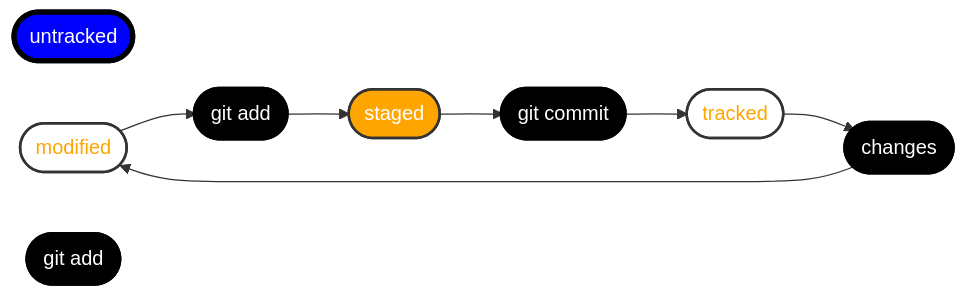
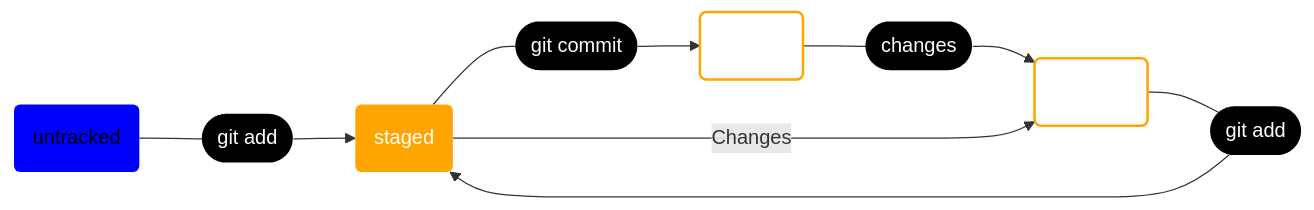
One commit to Botalchik/Second-project changed the second of 2 diagrams in README.md. Above: the diagram before and after it, drawn with Mermaid. The commit also changed other lines of this file, not shown here.

Commit message:
Создать гайд по Git: добавлены разделы Статусы в Git, подсказки; фикс формата

````diff
--- a/README.md
+++ b/README.md
@@ -69,21 +69,24 @@
 ```mermaid
 flowchart LR
-classDef class1 fill:#fff,stroke:#333,stroke-width:2px,color:#ffa500
-classDef class2 fill:#ffa500,stroke:#333,stroke-width:2px,color:#fff
-classDef class3 fill:#000000,stroke:#000000,stroke-width:4px,color:#fff
-classDef class4 fill:#0000ff,stroke:#000000,stroke-width:4px,color:#fff
-A([untracked]):::class4
-B([modified]):::class1
-C([staged]):::class2
-D([tracked]):::class1
+classDef class1 fill:#fff,stroke:#ffa500,stroke-width:2px,color:#fff
+classDef class2 fill:#ffa500,stroke:#333,stroke-width:0px,color:#fff
+classDef class3 fill:#000000,stroke:#000000,stroke-width:0px,color:#fff
+classDef class4 fill:#0000ff,stroke:#000000,stroke-width:0px,color:#000000
+A(untracked):::class4
+B(modified):::class1
+C(staged):::class2
+D(tracked):::class1
 E([git add]):::class3
 F([git commit]):::class3
 G([git add]):::class3
 H([changes]):::class3
-B-->E
+B---E
 E-->C
-C-->F
+C---F
 F-->D
-D-->H
+D---H
 H-->B
+C--"Changes"-->B
+A---G
+G-->C
 ```
````
